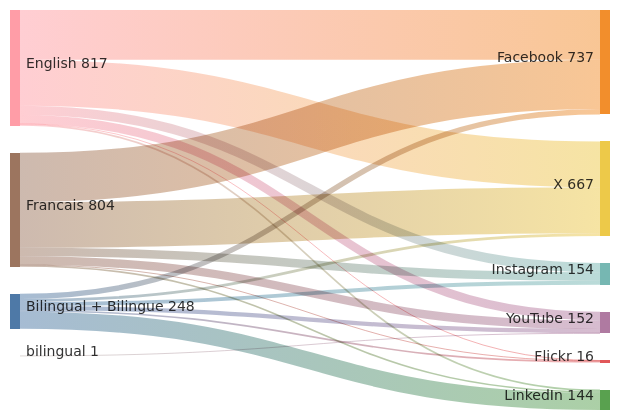
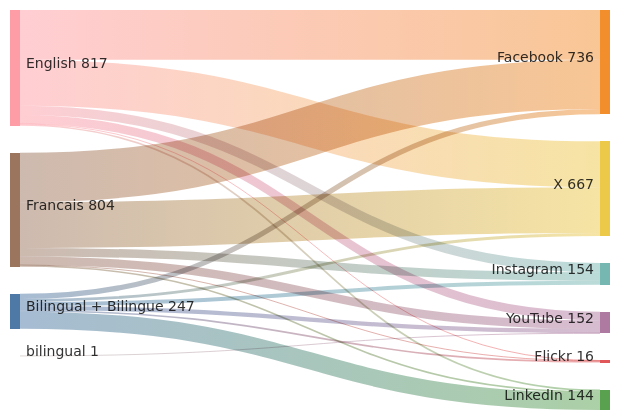
One commit to PatLittle/GC-Socials changed the diagram in sankey_diagram.md. Above: the diagram before and after it, drawn with Mermaid.

Commit message:
Update Sankey diagram for the most recent day

````diff
--- a/sankey_diagram.md
+++ b/sankey_diagram.md
@@ -1,22 +1,22 @@
 ```mermaid
 sankey-beta
-  Bilingual + Bilingue,Facebook,38
+  Bilingual + Bilingue,Facebook,37
   Bilingual + Bilingue,Flickr,11
   Bilingual + Bilingue,Instagram,28
   Bilingual + Bilingue,LinkedIn,121
   Bilingual + Bilingue,X,20
   Bilingual + Bilingue,YouTube,30
   English,Facebook,351
   English,Flickr,3
   English,Instagram,66
   English,LinkedIn,12
   English,X,324
   English,YouTube,61
   Francais,Facebook,348
   Francais,Flickr,2
   Francais,Instagram,60
   Francais,LinkedIn,11
   Francais,X,323
   Francais,YouTube,60
   bilingual,YouTube,1
 ```
````
